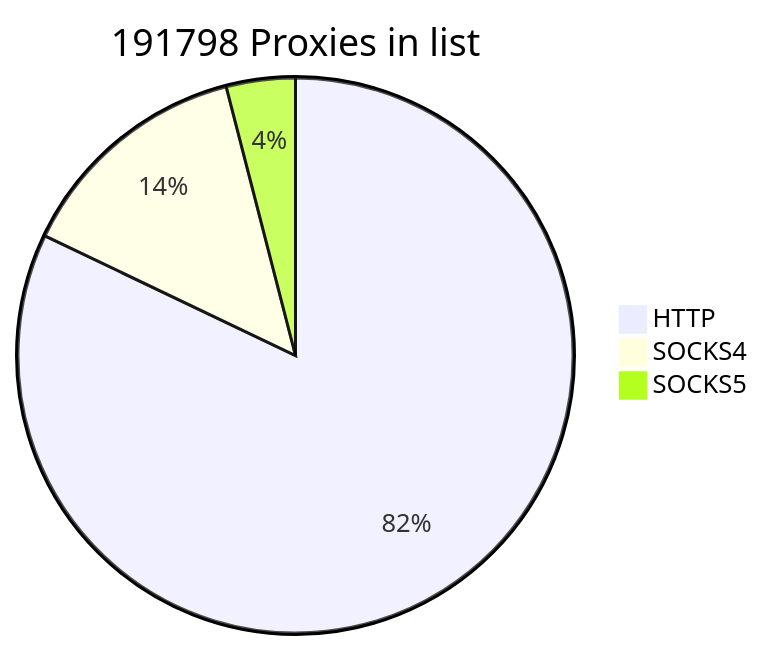
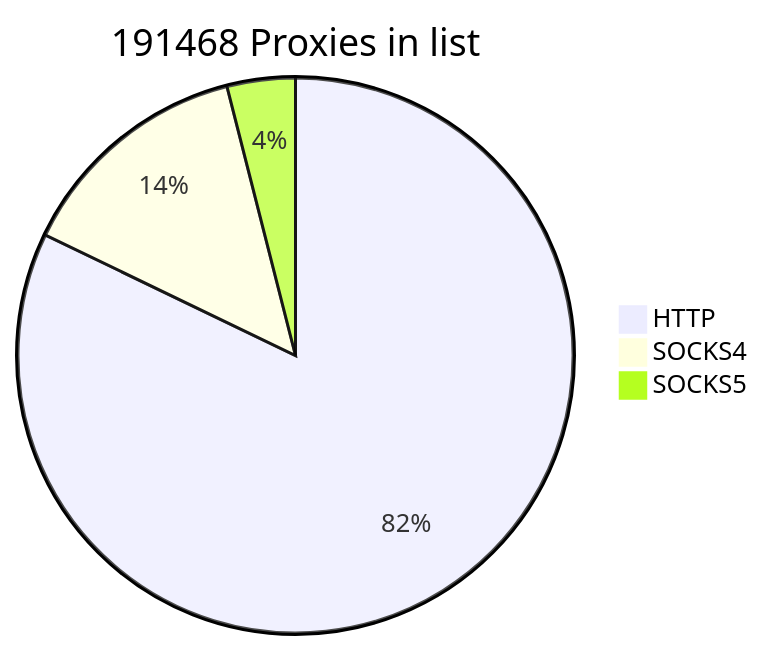
The first of 2 diagrams in README.md (cutipu/proxylist), drawn with Mermaid before and after one commit. The commit also changed other lines of this file, not shown here.

````diff
--- a/README.md
+++ b/README.md
@@ -2,7 +2,7 @@
 ```mermaid
-pie title 191798 Proxies in list
-    "HTTP" : 157441
-    "SOCKS4" : 26656
-    "SOCKS5" : 7701
+pie title 191468 Proxies in list
+    "HTTP" : 157278
+    "SOCKS4" : 26589
+    "SOCKS5" : 7601
             
 ```
````
